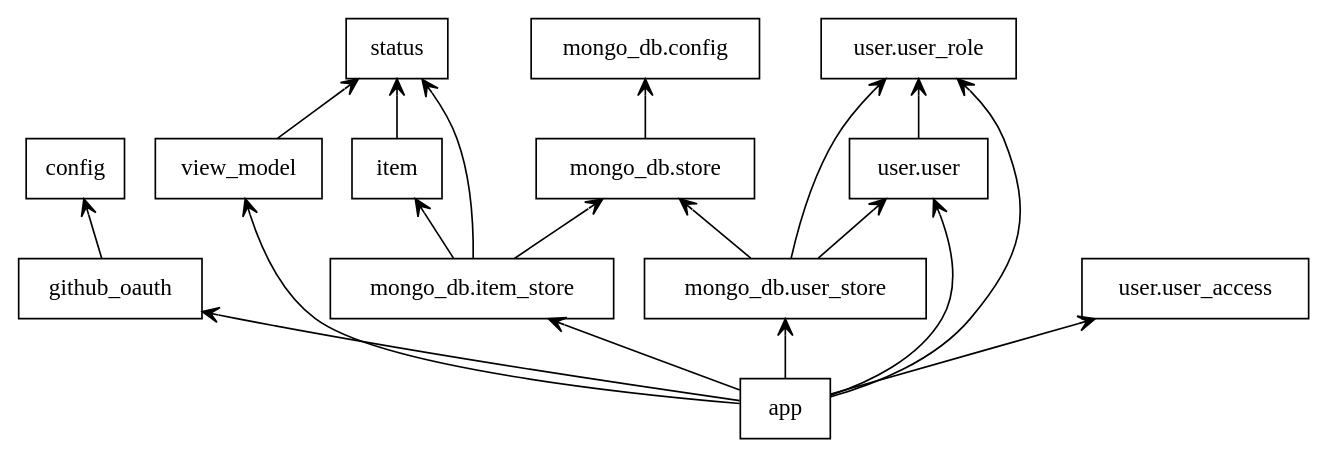
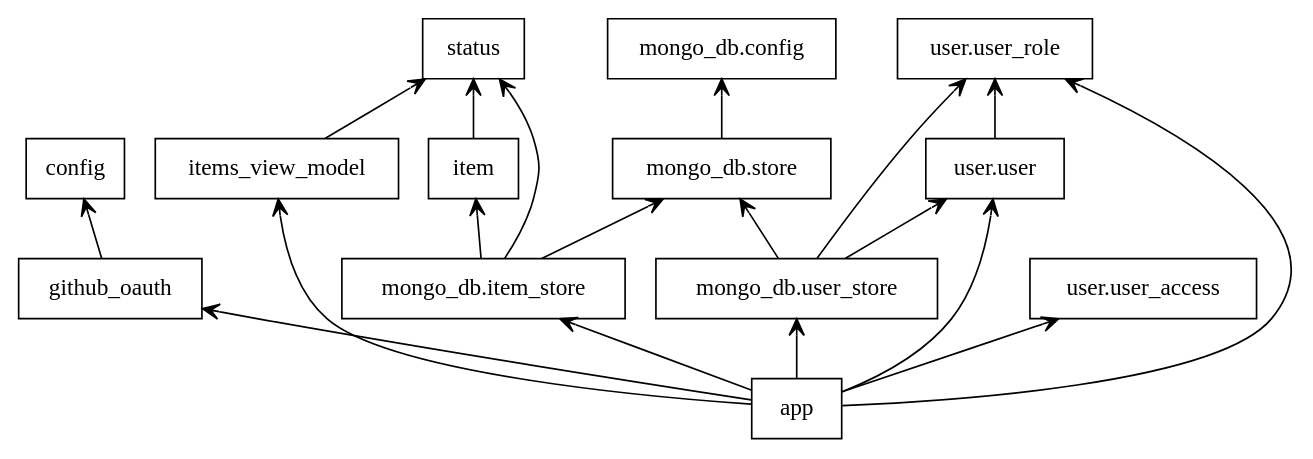
One commit to pcoulso1/DevOps-Course-Starter changed the diagram in docs/packages_ToDoApp.dot. Above: the diagram before and after it, drawn with Graphviz. The commit also changed 5 other files, not shown here.

```diff
--- a/docs/packages_ToDoApp.dot
+++ b/docs/packages_ToDoApp.dot
@@ -1,35 +1,35 @@
 digraph "packages_ToDoApp" {
 charset="utf-8"
 rankdir=BT
 "0" [label="app", shape="box"];
 "1" [label="config", shape="box"];
 "2" [label="github_oauth", shape="box"];
 "3" [label="item", shape="box"];
-"4" [label="mongo_db.config", shape="box"];
-"5" [label="mongo_db.item_store", shape="box"];
-"6" [label="mongo_db.store", shape="box"];
-"7" [label="mongo_db.user_store", shape="box"];
-"8" [label="status", shape="box"];
-"9" [label="user.user", shape="box"];
-"10" [label="user.user_access", shape="box"];
-"11" [label="user.user_role", shape="box"];
-"12" [label="view_model", shape="box"];
+"4" [label="items_view_model", shape="box"];
+"5" [label="mongo_db.config", shape="box"];
+"6" [label="mongo_db.item_store", shape="box"];
+"7" [label="mongo_db.store", shape="box"];
+"8" [label="mongo_db.user_store", shape="box"];
+"9" [label="status", shape="box"];
+"10" [label="user.user", shape="box"];
+"11" [label="user.user_access", shape="box"];
+"12" [label="user.user_role", shape="box"];
 "0" -> "2" [arrowhead="open", arrowtail="none"];
-"0" -> "5" [arrowhead="open", arrowtail="none"];
-"0" -> "7" [arrowhead="open", arrowtail="none"];
-"0" -> "9" [arrowhead="open", arrowtail="none"];
+"0" -> "4" [arrowhead="open", arrowtail="none"];
+"0" -> "6" [arrowhead="open", arrowtail="none"];
+"0" -> "8" [arrowhead="open", arrowtail="none"];
 "0" -> "10" [arrowhead="open", arrowtail="none"];
 "0" -> "11" [arrowhead="open", arrowtail="none"];
 "0" -> "12" [arrowhead="open", arrowtail="none"];
 "2" -> "1" [arrowhead="open", arrowtail="none"];
-"3" -> "8" [arrowhead="open", arrowtail="none"];
-"5" -> "3" [arrowhead="open", arrowtail="none"];
-"5" -> "6" [arrowhead="open", arrowtail="none"];
-"5" -> "8" [arrowhead="open", arrowtail="none"];
-"6" -> "4" [arrowhead="open", arrowtail="none"];
-"7" -> "6" [arrowhead="open", arrowtail="none"];
-"7" -> "9" [arrowhead="open", arrowtail="none"];
-"7" -> "11" [arrowhead="open", arrowtail="none"];
-"9" -> "11" [arrowhead="open", arrowtail="none"];
-"12" -> "8" [arrowhead="open", arrowtail="none"];
+"3" -> "9" [arrowhead="open", arrowtail="none"];
+"4" -> "9" [arrowhead="open", arrowtail="none"];
+"6" -> "3" [arrowhead="open", arrowtail="none"];
+"6" -> "7" [arrowhead="open", arrowtail="none"];
+"6" -> "9" [arrowhead="open", arrowtail="none"];
+"7" -> "5" [arrowhead="open", arrowtail="none"];
+"8" -> "7" [arrowhead="open", arrowtail="none"];
+"8" -> "10" [arrowhead="open", arrowtail="none"];
+"8" -> "12" [arrowhead="open", arrowtail="none"];
+"10" -> "12" [arrowhead="open", arrowtail="none"];
 }
```
